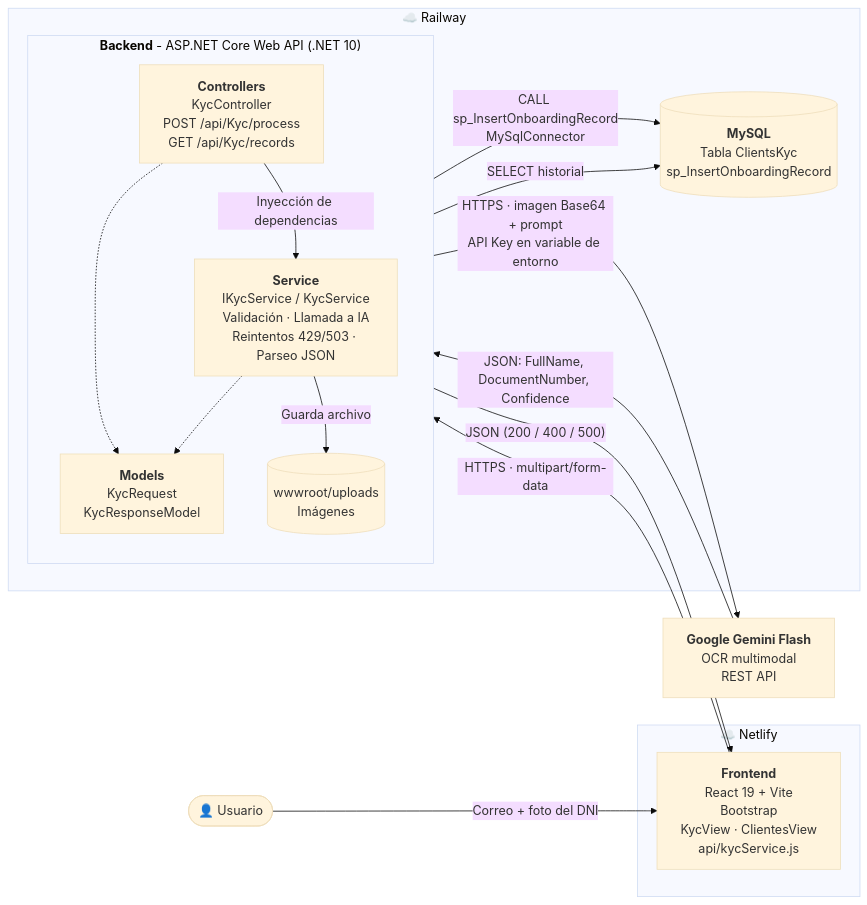
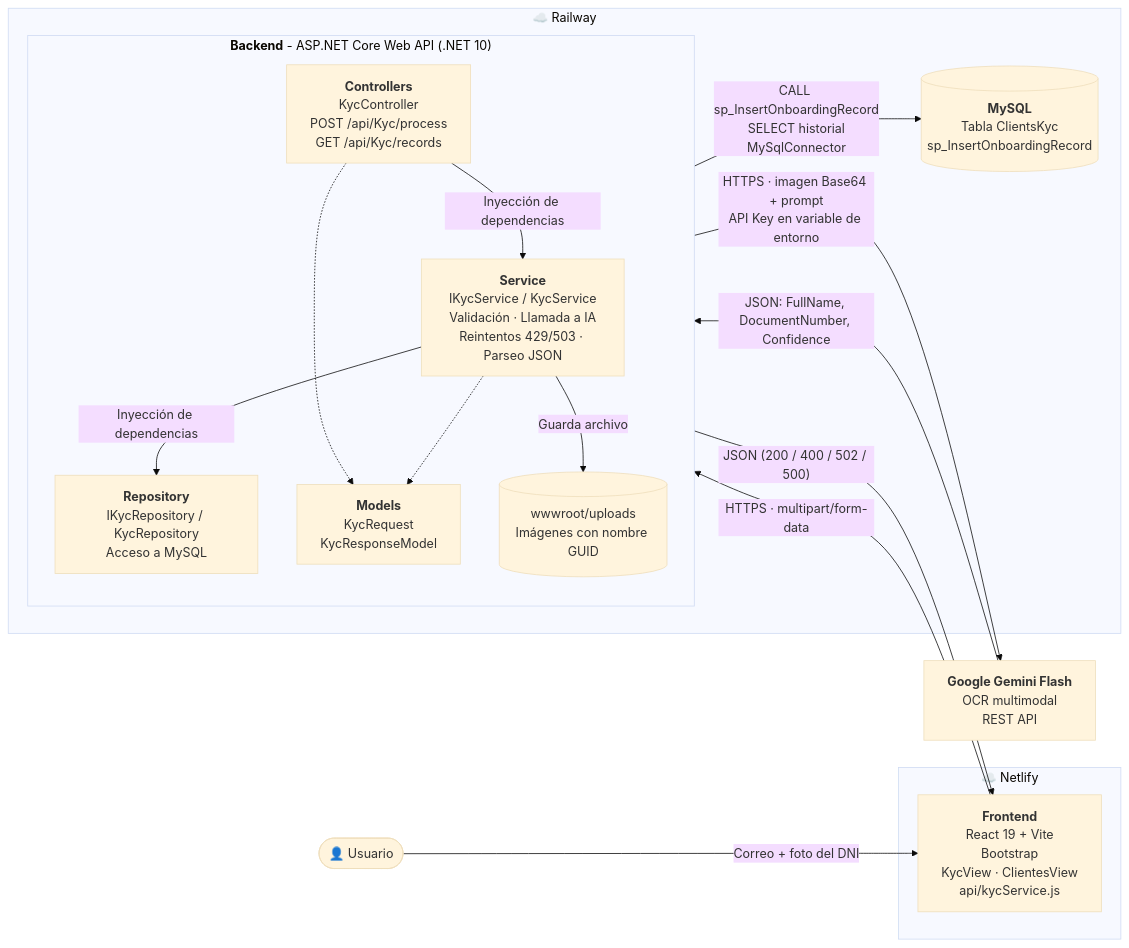
One commit to alepush-dev/fractal-onboarding-kyc changed the diagram in docs/diagramaArquitectura.md. Above: the diagram before and after it, drawn with Mermaid (base theme). The commit also changed other lines of this file, not shown here.

Commit message:
Update architecture diagram and component descriptions

````diff
--- a/docs/diagramaArquitectura.md
+++ b/docs/diagramaArquitectura.md
@@ -3,33 +3,34 @@
 ```mermaid
 flowchart LR
     U(["👤 Usuario"])
 
     subgraph NETLIFY["☁️ Netlify"]
         FE["<b>Frontend</b><br/>React 19 + Vite<br/>Bootstrap<br/>KycView · ClientesView<br/>api/kycService.js"]
     end
 
     subgraph RAILWAY["☁️ Railway"]
         subgraph API["<b>Backend</b> - ASP.NET Core Web API (.NET 10)"]
             direction TB
             C["<b>Controllers</b><br/>KycController<br/>POST /api/Kyc/process<br/>GET /api/Kyc/records"]
             S["<b>Service</b><br/>IKycService / KycService<br/>Validación · Llamada a IA<br/>Reintentos 429/503 · Parseo JSON"]
+            R["<b>Repository</b><br/>IKycRepository / KycRepository<br/>Acceso a MySQL"]
             M["<b>Models</b><br/>KycRequest<br/>KycResponseModel"]
-            UP[("wwwroot/uploads<br/>Imágenes")]
+            UP[("wwwroot/uploads<br/>Imágenes con nombre GUID")]
             C -->|"Inyección de dependencias"| S
+            S -->|"Inyección de dependencias"| R
             C -.-> M
             S -.-> M
             S -->|"Guarda archivo"| UP
         end
         DB[("<b>MySQL</b><br/>Tabla ClientsKyc<br/>sp_InsertOnboardingRecord")]
     end
 
     AI["<b>Google Gemini Flash</b><br/>OCR multimodal<br/>REST API"]
 
     U -->|"Correo + foto del DNI"| FE
     FE -->|"HTTPS · multipart/form-data"| C
-    C -->|"JSON (200 / 400 / 500)"| FE
+    C -->|"JSON (200 / 400 / 502 / 500)"| FE
     S -->|"HTTPS · imagen Base64 + prompt<br/>API Key en variable de entorno"| AI
     AI -->|"JSON: FullName, DocumentNumber, Confidence"| S
-    C -->|"CALL sp_InsertOnboardingRecord<br/>MySqlConnector"| DB
-    S -->|"SELECT historial"| DB
+    R -->|"CALL sp_InsertOnboardingRecord<br/>SELECT historial<br/>MySqlConnector"| DB
 ```
````
